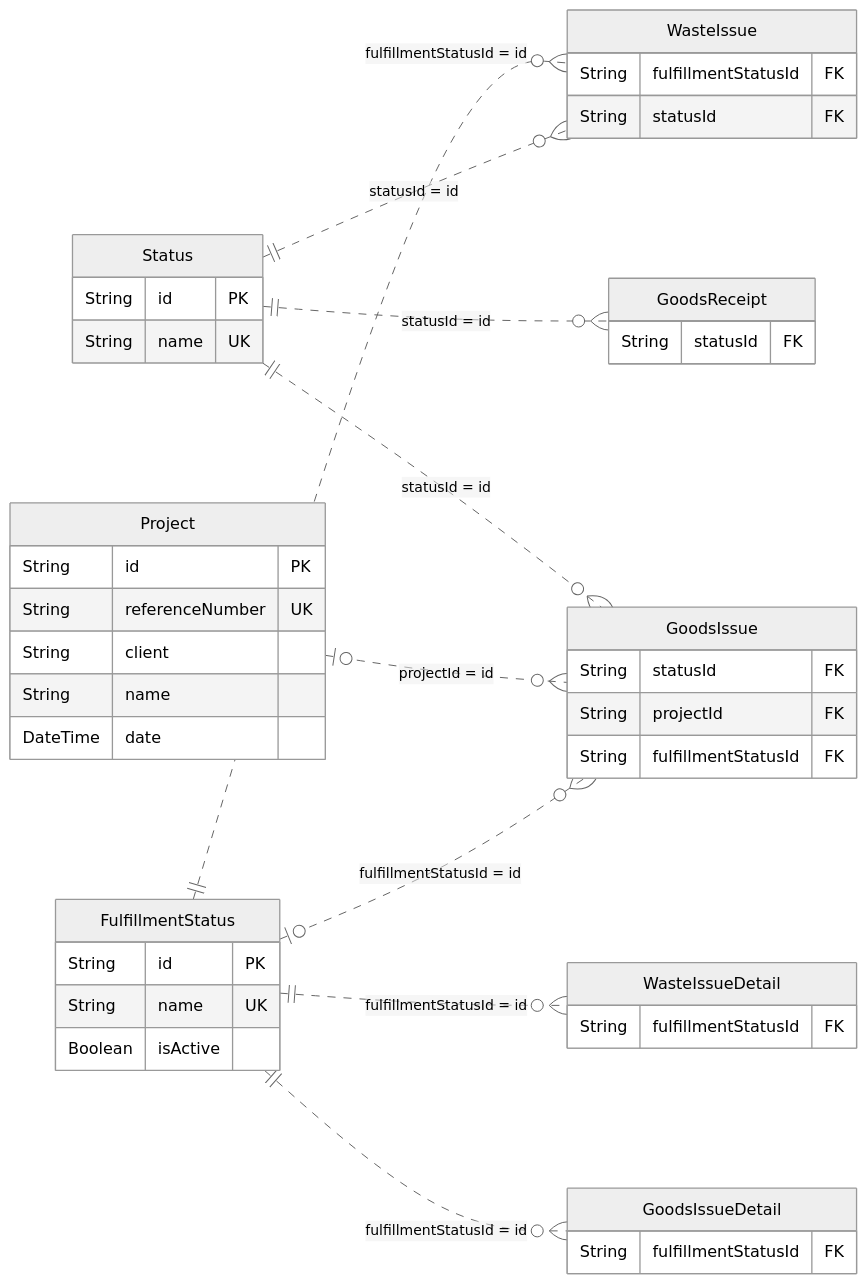
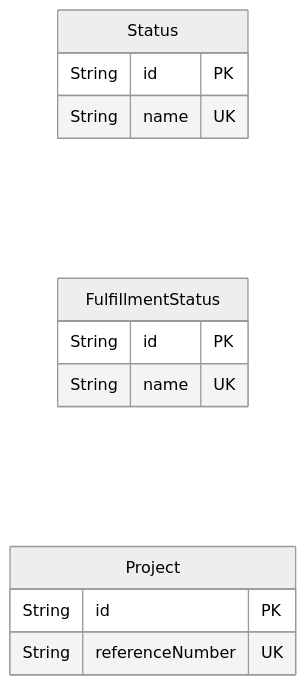
One commit to gpgsistemas01/nexus changed the fourth of 22 diagrams in docs/architecture/views/logical/data-and-persistence/generated/database-schema.md. Above: the diagram before and after it, drawn with Mermaid (neutral theme). The commit also changed other lines of this file and 4 other files, not shown here.

Commit message:
docs: simplificar vista lógica y aclarar relaciones del modelo ER

````diff
--- a/docs/architecture/views/logical/data-and-persistence/generated/database-schema.md
+++ b/docs/architecture/views/logical/data-and-persistence/generated/database-schema.md
@@ -207,46 +102,18 @@
 ```mermaid
 erDiagram
     direction LR
     Status {
         String id PK
         String name UK
     }
     FulfillmentStatus {
         String id PK
         String name UK
-        Boolean isActive
     }
     Project {
         String id PK
         String referenceNumber UK
-        String client
-        String name
-        DateTime date
     }
-    WasteIssue {
-        String fulfillmentStatusId FK
-        String statusId FK
-    }
-    WasteIssueDetail {
-        String fulfillmentStatusId FK
-    }
-    GoodsReceipt {
-        String statusId FK
-    }
-    GoodsIssue {
-        String statusId FK
-        String projectId FK
-        String fulfillmentStatusId FK
-    }
-    GoodsIssueDetail {
-        String fulfillmentStatusId FK
-    }
-    FulfillmentStatus ||..o{ WasteIssue : "fulfillmentStatusId = id"
-    Status ||..o{ WasteIssue : "statusId = id"
-    FulfillmentStatus ||..o{ WasteIssueDetail : "fulfillmentStatusId = id"
-    Status ||..o{ GoodsReceipt : "statusId = id"
-    Status ||..o{ GoodsIssue : "statusId = id"
-    Project o|..o{ GoodsIssue : "projectId = id"
-    FulfillmentStatus o|..o{ GoodsIssue : "fulfillmentStatusId = id"
-    FulfillmentStatus ||..o{ GoodsIssueDetail : "fulfillmentStatusId = id"
+
+
 ```
````
